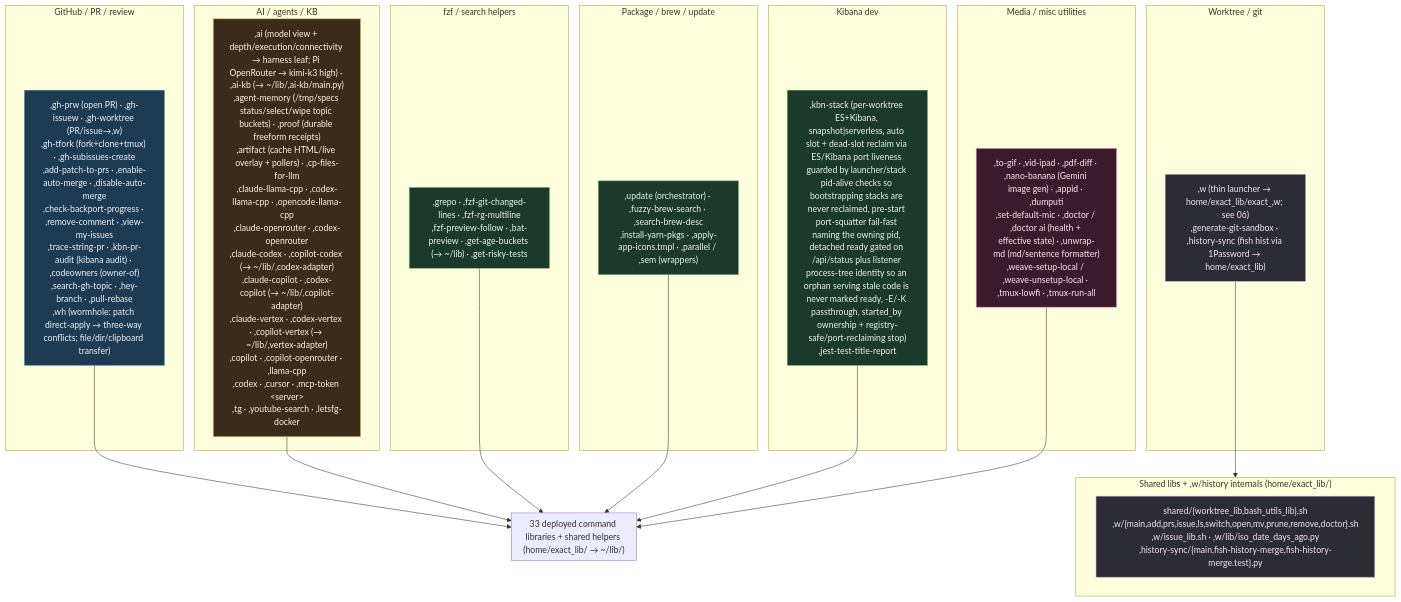
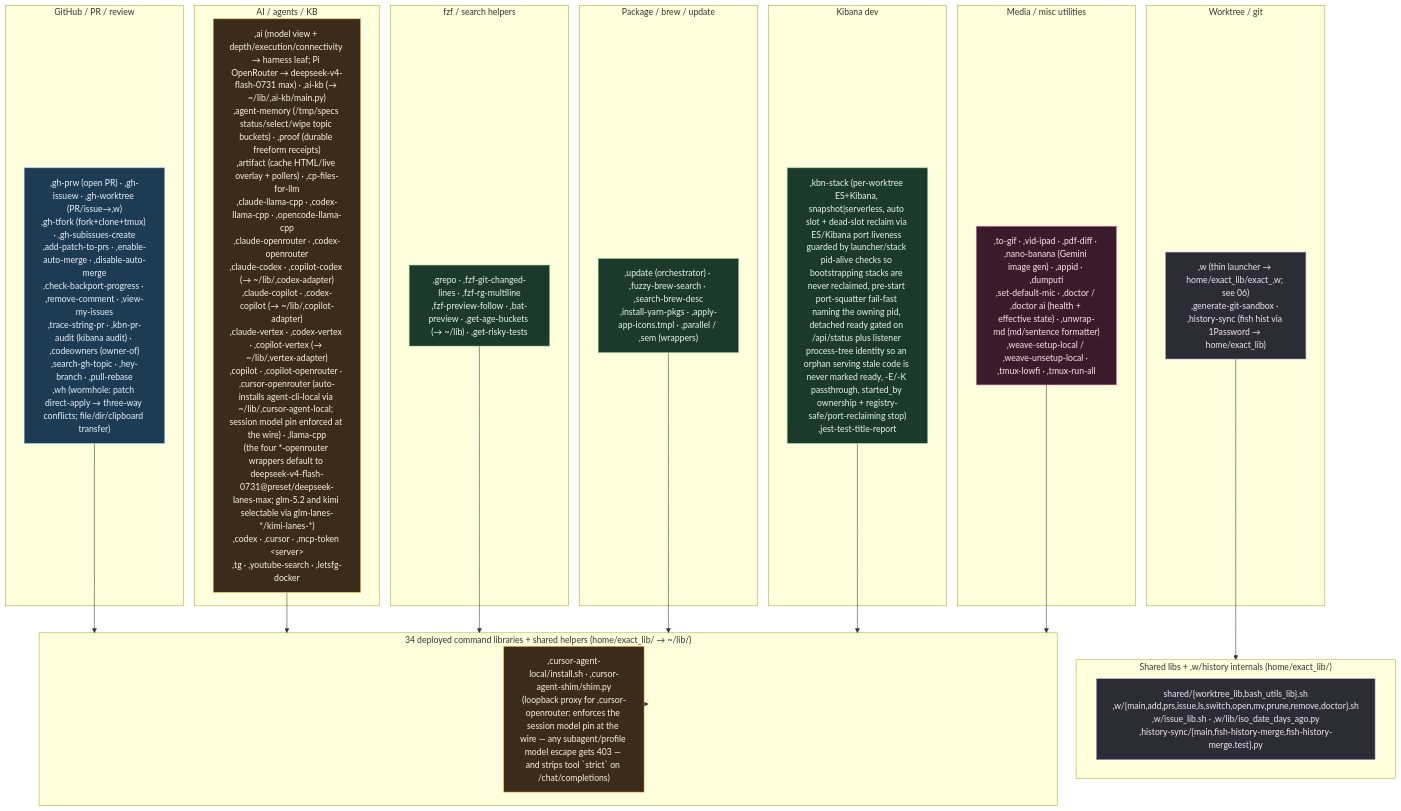
Before and after one commit to kapral18/dotfiles: the diagram in .mermaids/07c-bin-commands.mmd, drawn with Mermaid. The commit also changed 69 other files, not shown here.

```diff
--- a/.mermaids/07c-bin-commands.mmd
+++ b/.mermaids/07c-bin-commands.mmd
@@ -1,55 +1,57 @@
 %% ============================================================================
-%% 07c-bin-commands.mmd — Every thin command in home/exact_bin/ (77 thin commands)
-%% plus deployed internals in home/exact_lib/ (73 command/shared library files).
+%% 07c-bin-commands.mmd — Every thin command in home/exact_bin/ (78 thin commands)
+%% plus deployed internals in home/exact_lib/ (75 command/shared library files).
 %% executable_,* → ~/bin/,* (comma-prefixed user commands); home/exact_lib/exact_,name/
 %% → ~/lib/,name/. verify-bin-surface keeps each command covered by fish
 %% completions, docs, catalog, and non-orphaned command libraries.
 %% ============================================================================
 flowchart TB
     classDef gh fill:#1d3b53,stroke:#7fb3d5,color:#eaf2f8;
     classDef wt fill:#2c2c34,stroke:#b39ddb,color:#f3e5f5;
     classDef ai fill:#3a2b1b,stroke:#ffb74d,color:#fff3e0;
     classDef media fill:#3a1b2b,stroke:#f48fb1,color:#fce4ec;
     classDef sys fill:#1b3a2b,stroke:#81c784,color:#e8f5e9;
 
     subgraph GHC["GitHub / PR / review"]
         G[",gh-prw (open PR) · ,gh-issuew · ,gh-worktree (PR/issue→,w)<br/>,gh-tfork (fork+clone+tmux) · ,gh-subissues-create<br/>,add-patch-to-prs · ,enable-auto-merge · ,disable-auto-merge<br/>,check-backport-progress · ,remove-comment · ,view-my-issues<br/>,trace-string-pr · ,kbn-pr-audit (kibana audit) · ,codeowners (owner-of)<br/>,search-gh-topic · ,hey-branch · ,pull-rebase<br/>,wh (wormhole: patch direct-apply → three-way conflicts; file/dir/clipboard transfer)"]:::gh
     end
 
     subgraph WTC["Worktree / git"]
         W[",w (thin launcher → home/exact_lib/exact_,w; see 06)<br/>,generate-git-sandbox · ,history-sync (fish hist via 1Password → home/exact_lib)"]:::wt
     end
 
     subgraph AIC["AI / agents / KB"]
-        A[",ai (model view + depth/execution/connectivity → harness leaf; Pi OpenRouter → kimi-k3 high) · ,ai-kb (→ ~/lib/,ai-kb/main.py)<br/>,agent-memory (/tmp/specs status/select/wipe topic buckets) · ,proof (durable freeform receipts)<br/>,artifact (cache HTML/live overlay + pollers) · ,cp-files-for-llm<br/>,claude-llama-cpp · ,codex-llama-cpp · ,opencode-llama-cpp<br/>,claude-openrouter · ,codex-openrouter<br/>,claude-codex · ,copilot-codex (→ ~/lib/,codex-adapter)<br/>,claude-copilot · ,codex-copilot (→ ~/lib/,copilot-adapter)<br/>,claude-vertex · ,codex-vertex · ,copilot-vertex (→ ~/lib/,vertex-adapter)<br/>,copilot · ,copilot-openrouter · ,llama-cpp<br/>,codex · ,cursor · ,mcp-token &lt;server&gt;<br/>,tg · ,youtube-search · ,letsfg-docker"]:::ai
+        A[",ai (model view + depth/execution/connectivity → harness leaf; Pi OpenRouter → deepseek-v4-flash-0731 max) · ,ai-kb (→ ~/lib/,ai-kb/main.py)<br/>,agent-memory (/tmp/specs status/select/wipe topic buckets) · ,proof (durable freeform receipts)<br/>,artifact (cache HTML/live overlay + pollers) · ,cp-files-for-llm<br/>,claude-llama-cpp · ,codex-llama-cpp · ,opencode-llama-cpp<br/>,claude-openrouter · ,codex-openrouter<br/>,claude-codex · ,copilot-codex (→ ~/lib/,codex-adapter)<br/>,claude-copilot · ,codex-copilot (→ ~/lib/,copilot-adapter)<br/>,claude-vertex · ,codex-vertex · ,copilot-vertex (→ ~/lib/,vertex-adapter)<br/>,copilot · ,copilot-openrouter · ,cursor-openrouter (auto-installs agent-cli-local via ~/lib/,cursor-agent-local; session model pin enforced at the wire) · ,llama-cpp<br/>(the four *-openrouter wrappers default to deepseek-v4-flash-0731@preset/deepseek-lanes-max; glm-5.2 and kimi selectable via glm-lanes-*/kimi-lanes-*)<br/>,codex · ,cursor · ,mcp-token &lt;server&gt;<br/>,tg · ,youtube-search · ,letsfg-docker"]:::ai
     end
 
     subgraph FZFC["fzf / search helpers"]
         F[",grepo · ,fzf-git-changed-lines · ,fzf-rg-multiline<br/>,fzf-preview-follow · ,bat-preview · ,get-age-buckets (→ ~/lib) · ,get-risky-tests"]:::sys
     end
 
     subgraph PKGC["Package / brew / update"]
         P[",update (orchestrator) · ,fuzzy-brew-search · ,search-brew-desc<br/>,install-yarn-pkgs · ,apply-app-icons.tmpl · ,parallel / ,sem (wrappers)"]:::sys
     end
 
     subgraph KBNC["Kibana dev"]
         K[",kbn-stack (per-worktree ES+Kibana, snapshot|serverless, auto slot + dead-slot reclaim via ES/Kibana port liveness guarded by launcher/stack pid-alive checks so bootstrapping stacks are never reclaimed, pre-start port-squatter fail-fast naming the owning pid, detached ready gated on /api/status plus listener process-tree identity so an orphan serving stale code is never marked ready, -E/-K passthrough, started_by ownership + registry-safe/port-reclaiming stop)<br/>,jest-test-title-report"]:::sys
     end
 
     subgraph MEDIA["Media / misc utilities"]
         M[",to-gif · ,vid-ipad · ,pdf-diff · ,nano-banana (Gemini image gen) · ,appid · ,dumputi<br/>,set-default-mic · ,doctor / ,doctor ai (health + effective state) · ,unwrap-md (md/sentence formatter)<br/>,weave-setup-local / ,weave-unsetup-local · ,tmux-lowfi · ,tmux-run-all"]:::media
     end
 
     subgraph LIBS["Shared libs + ,w/history internals (home/exact_lib/)"]
         L["shared/{worktree_lib,bash_utils_lib}.sh<br/>,w/{main,add,prs,issue,ls,switch,open,mv,prune,remove,doctor}.sh<br/>,w/issue_lib.sh · ,w/lib/iso_date_days_ago.py<br/>,history-sync/{main,fish-history-merge,fish-history-merge.test}.py"]:::wt
     end
     W --> LIBS
 
-    subgraph CMDLIBS["33 deployed command libraries + shared helpers (home/exact_lib/ → ~/lib/)"]
+    subgraph CMDLIBS["34 deployed command libraries + shared helpers (home/exact_lib/ → ~/lib/)"]
+        ADS[",cursor-agent-local/install.sh · ,cursor-agent-shim/shim.py<br/>(loopback proxy for ,cursor-openrouter: enforces the session model pin at the wire — any subagent/profile model escape gets 403 — and strips tool `strict` on /chat/completions)"]:::ai
     end
+    ADS --> CMDLIBS
     G --> CMDLIBS
     A --> CMDLIBS
     F --> CMDLIBS
     P --> CMDLIBS
     K --> CMDLIBS
     M --> CMDLIBS
```
